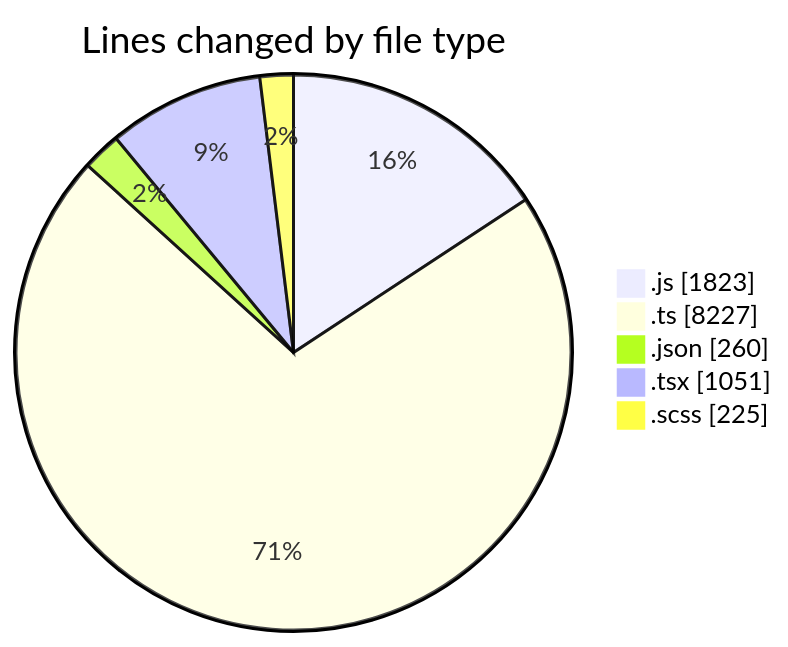
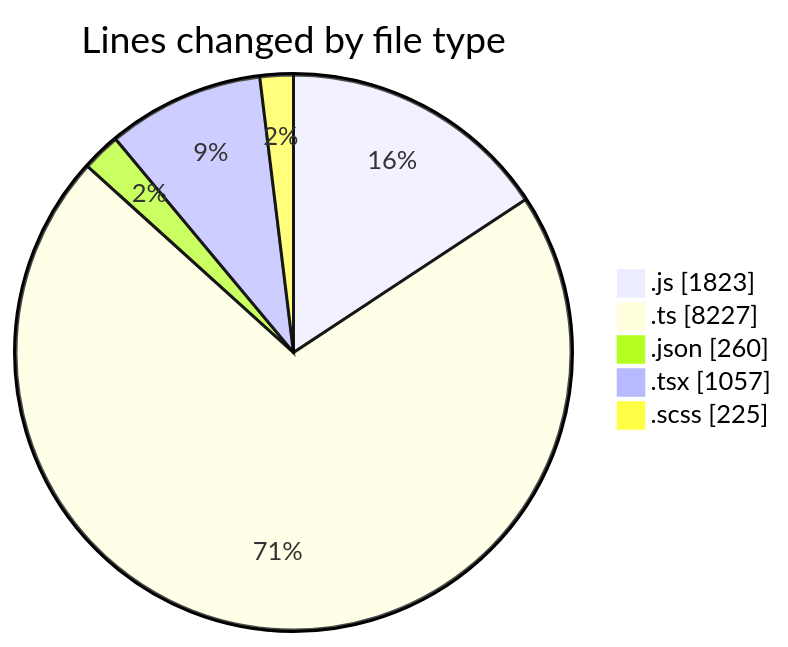
One commit to momahboobian/code-tracking changed the first of 2 diagrams in 2026-04-08/cda/README.md. Above: the diagram before and after it, drawn with Mermaid. The commit also changed other lines of this file and 1 other file, not shown here.

````diff
--- a/2026-04-08/cda/README.md
+++ b/2026-04-08/cda/README.md
@@ -35,9 +35,9 @@
 ```mermaid
 pie showData
 title Lines changed by file type
 ".js" : 1823
 ".ts" : 8227
 ".json" : 260
-".tsx" : 1051
+".tsx" : 1057
 ".scss" : 225
 ```
````
